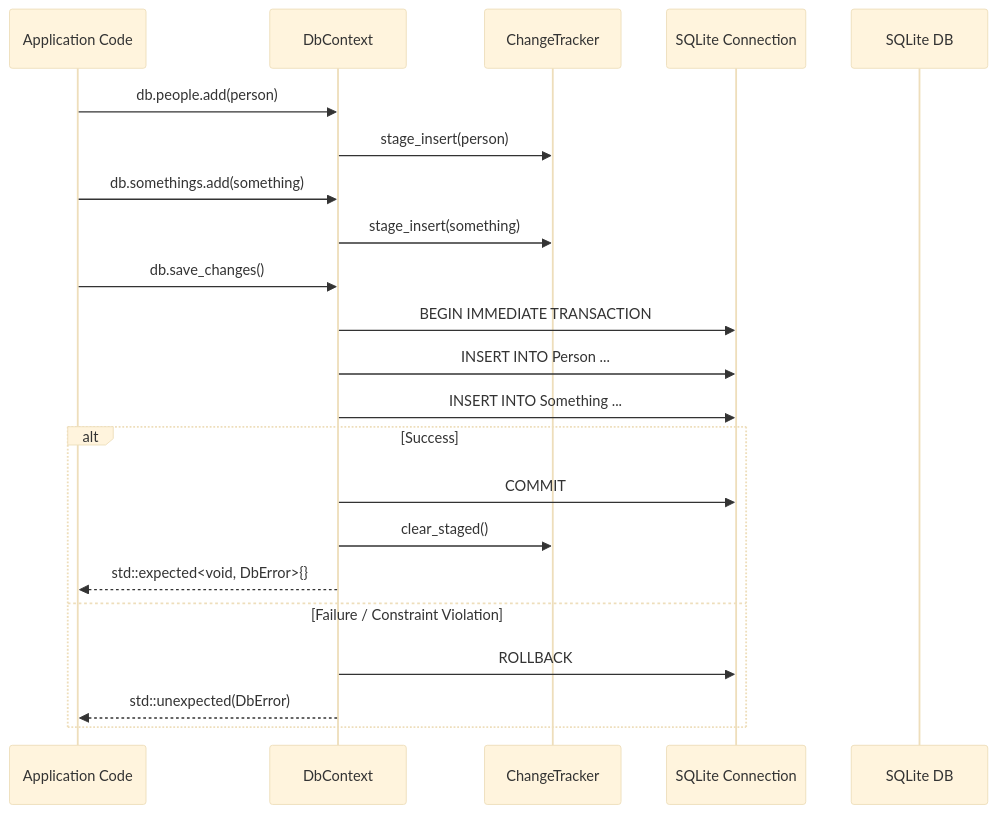
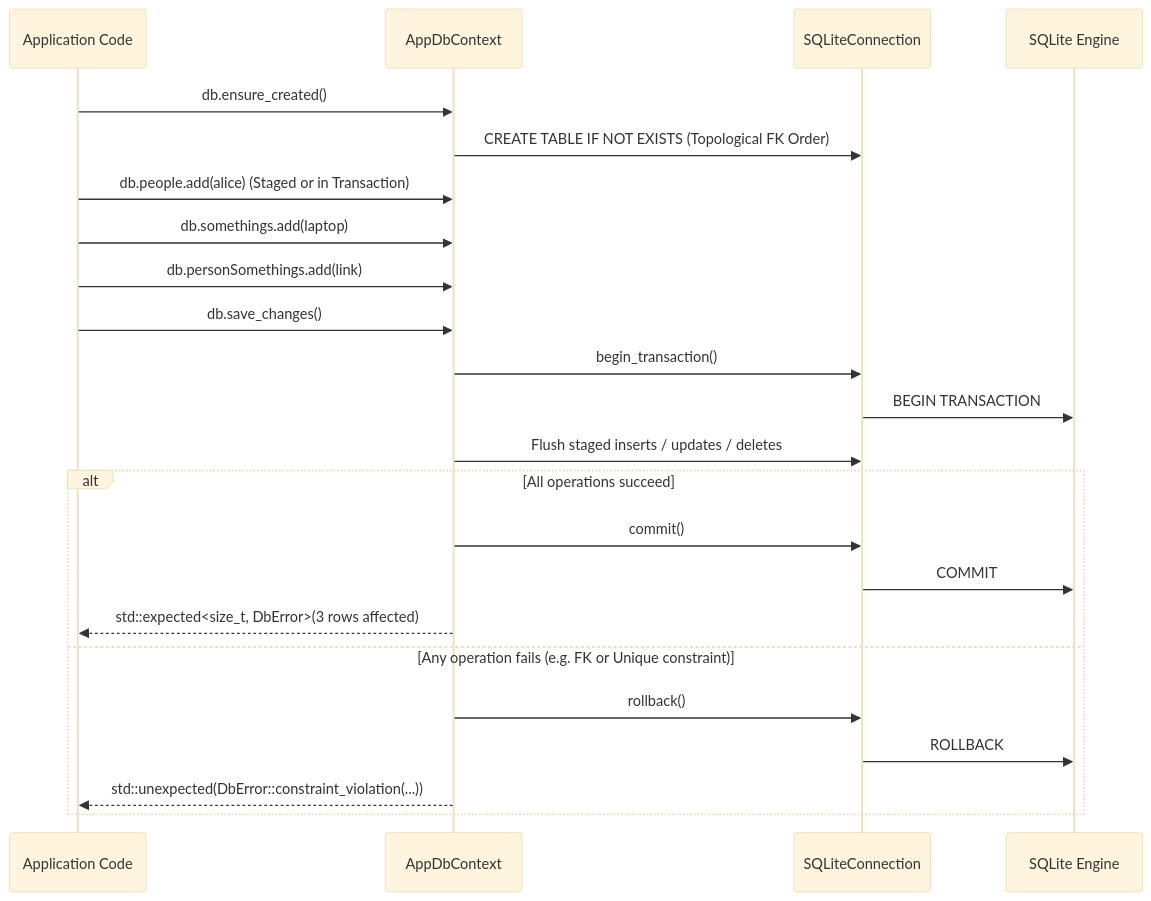
The second of 3 diagrams in readme4.md (mythrz/CodeFirstCppDB_sqlgen), drawn with Mermaid (base theme) before and after one commit. The commit also changed other lines of this file, not shown here.

````diff
--- a/readme4.md
+++ b/readme4.md
@@ -622,25 +430,26 @@
 ```mermaid
 sequenceDiagram
     participant App as Application Code
-    participant Ctx as DbContext
-    participant Tracker as ChangeTracker
-    participant Conn as SQLite Connection
-    participant DB as SQLite DB
+    participant Ctx as AppDbContext
+    participant Conn as SQLiteConnection
+    participant SQLite as SQLite Engine
 
-    App->>Ctx: db.people.add(person)
-    Ctx->>Tracker: stage_insert(person)
-    App->>Ctx: db.somethings.add(something)
-    Ctx->>Tracker: stage_insert(something)
+    App->>Ctx: db.ensure_created()
+    Ctx->>Conn: CREATE TABLE IF NOT EXISTS (Topological FK Order)
+    App->>Ctx: db.people.add(alice) (Staged or in Transaction)
+    App->>Ctx: db.somethings.add(laptop)
+    App->>Ctx: db.personSomethings.add(link)
     App->>Ctx: db.save_changes()
-    Ctx->>Conn: BEGIN IMMEDIATE TRANSACTION;
-    Ctx->>Conn: INSERT INTO Person ...
-    Ctx->>Conn: INSERT INTO Something ...
-    alt Success
-        Ctx->>Conn: COMMIT;
-        Ctx->>Tracker: clear_staged();
-        Ctx-->>App: std::expected<void, DbError>{}
-    else Failure / Constraint Violation
-        Ctx->>Conn: ROLLBACK;
-        Ctx-->>App: std::unexpected(DbError)
+    Ctx->>Conn: begin_transaction()
+    Conn->>SQLite: BEGIN TRANSACTION;
+    Ctx->>Conn: Flush staged inserts / updates / deletes
+    alt All operations succeed
+        Ctx->>Conn: commit()
+        Conn->>SQLite: COMMIT;
+        Ctx-->>App: std::expected<size_t, DbError>(3 rows affected)
+    else Any operation fails (e.g. FK or Unique constraint)
+        Ctx->>Conn: rollback()
+        Conn->>SQLite: ROLLBACK;
+        Ctx-->>App: std::unexpected(DbError::constraint_violation(...))
     end
 ```
````
